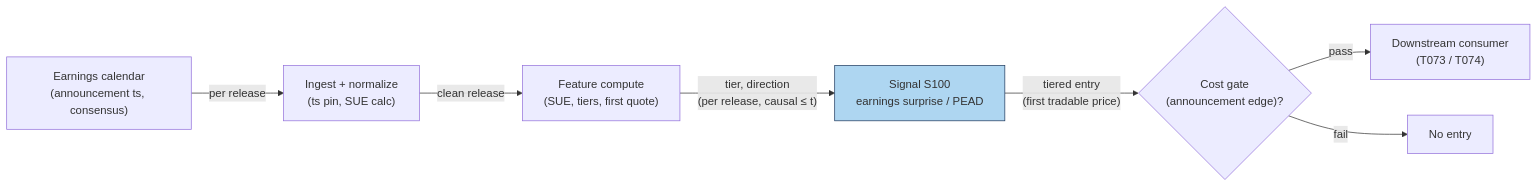
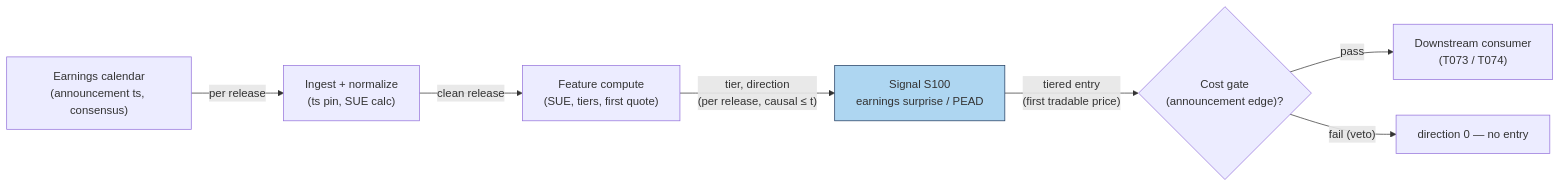
The diagram in modules/signals/S100.md (praveenguptahcl/quant-signals-deep), drawn with Mermaid before and after one commit. The commit also changed other lines of this file and 102 other files, not shown here.

````diff
--- a/modules/signals/S100.md
+++ b/modules/signals/S100.md
@@ -380,10 +476,10 @@
 ```mermaid
 flowchart LR
     FEED["Earnings calendar<br/>(announcement ts, consensus)"] -->|"per release"| ING["Ingest + normalize<br/>(ts pin, SUE calc)"]
     ING -->|"clean release"| FEAT["Feature compute<br/>(SUE, tiers, first quote)"]
     FEAT -->|"tier, direction<br/>(per release, causal ≤ t)"| SIG["Signal S100<br/>earnings surprise / PEAD"]
     SIG -->|"tiered entry<br/>(first tradable price)"| GATE{"Cost gate<br/>(announcement edge)?"}
     GATE -->|"pass"| OUT["Downstream consumer<br/>(T073 / T074)"]
-    GATE -->|"fail"| DROP["No entry"]
+    GATE -->|"fail (veto)"| DROP["direction 0 — no entry"]
     style SIG fill:#aed6f1,stroke:#1f3a5f
 ```
````
